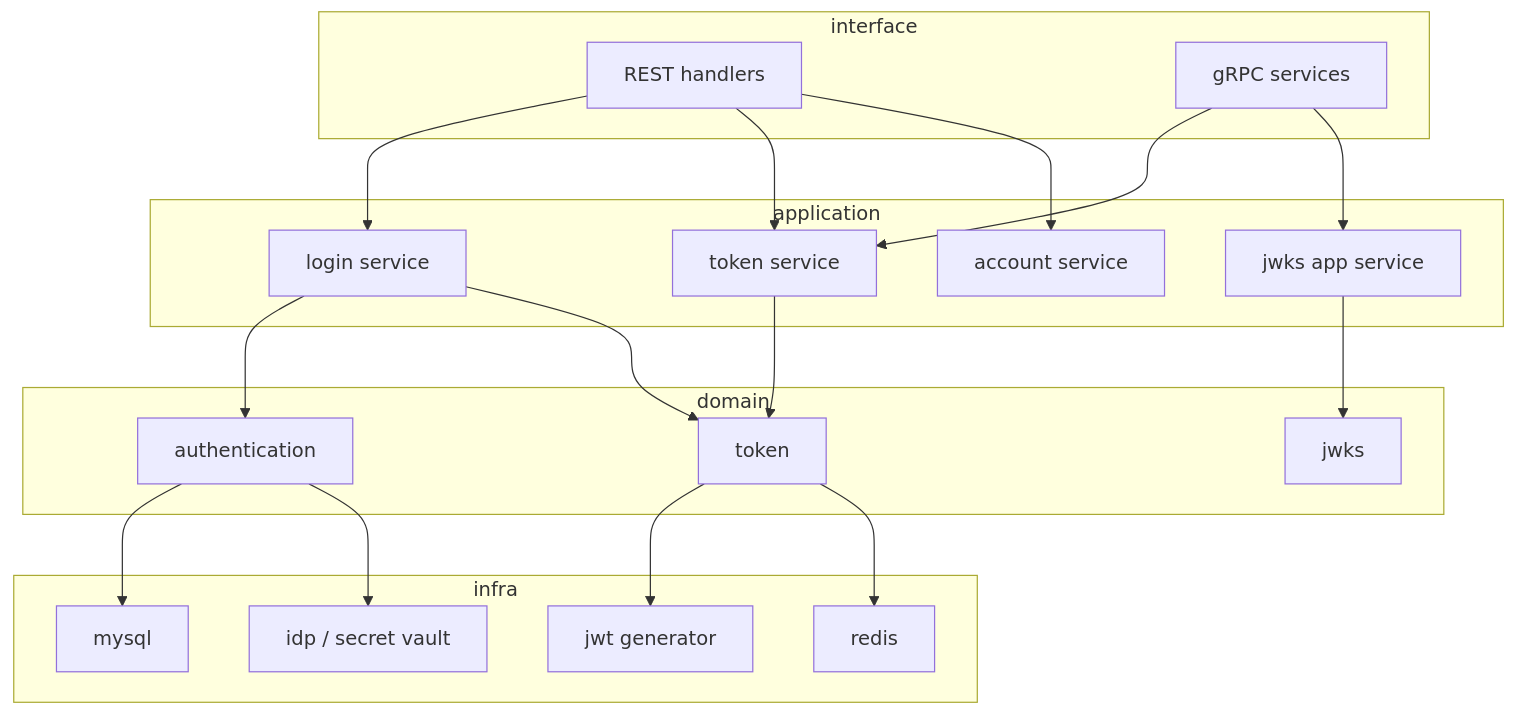
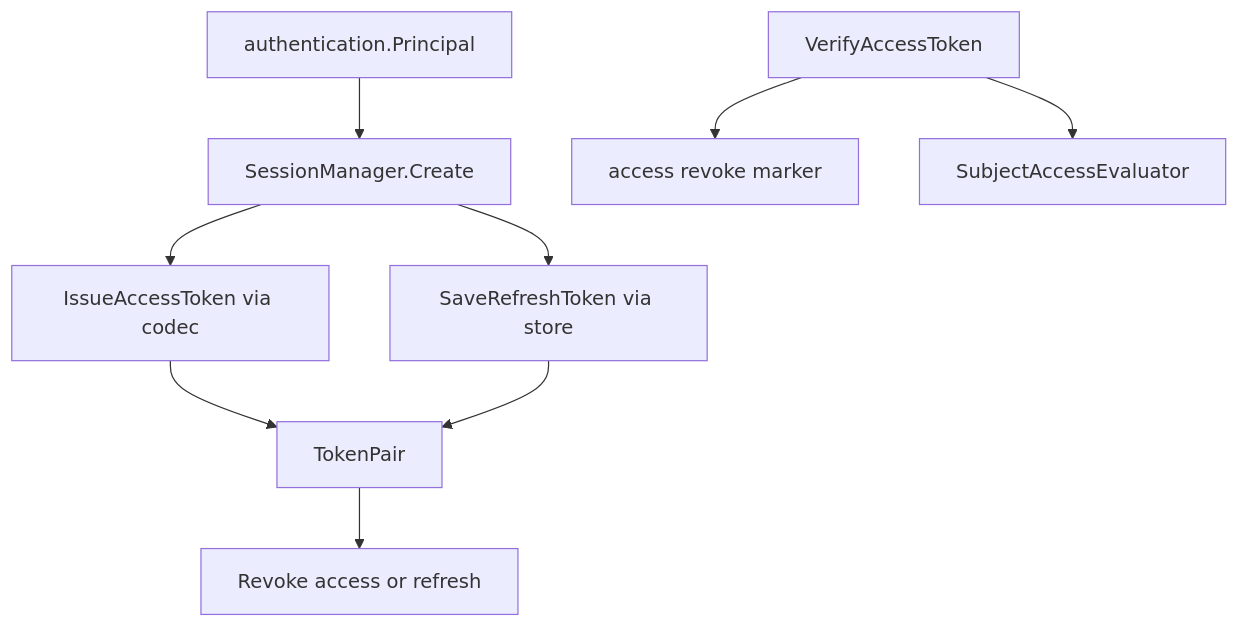
One commit to FangcunMount/iam changed the fifth of 6 diagrams in docs/02-业务域/01-authn-认证&Token&JWKS.md. Above: the diagram before and after it, drawn with Mermaid. The commit also changed other lines of this file and 61 other files, not shown here.

````diff
--- a/docs/02-业务域/01-authn-认证&Token&JWKS.md
+++ b/docs/02-业务域/01-authn-认证&Token&JWKS.md
@@ -170,38 +196,18 @@
 ```mermaid
-flowchart TB
-  subgraph interface
-    RH["REST handlers"]
-    GS["gRPC services"]
-  end
-  subgraph application
-    LG["login service"]
-    TK["token service"]
-    JW["jwks app service"]
-    AC["account service"]
-  end
-  subgraph domain
-    AU["authentication"]
-    TD["token"]
-    KD["jwks"]
-  end
-  subgraph infra
-    MY["mysql"]
-    RD["redis"]
-    JI["jwt generator"]
-    IDP["idp / secret vault"]
-  end
+flowchart TD
+    Principal["authentication.Principal"]
+    CreateSession["SessionManager.Create"]
+    Access["IssueAccessToken via codec"]
+    Refresh["SaveRefreshToken via store"]
+    Pair["TokenPair"]
+    Verify["VerifyAccessToken"]
+    AccessRevoked["access revoke marker"]
+    SubjectAccess["SubjectAccessEvaluator"]
+    Revoke["Revoke access or refresh"]
 
-  RH --> LG
-  RH --> TK
-  RH --> AC
-  GS --> TK
-  GS --> JW
-  LG --> AU
-  LG --> TD
-  TK --> TD
-  JW --> KD
-  AU --> MY
-  AU --> IDP
-  TD --> JI
-  TD --> RD
+    Principal --> CreateSession --> Access --> Pair
+    CreateSession --> Refresh --> Pair
+    Verify --> AccessRevoked
+    Verify --> SubjectAccess
+    Pair --> Revoke
 ```
````
